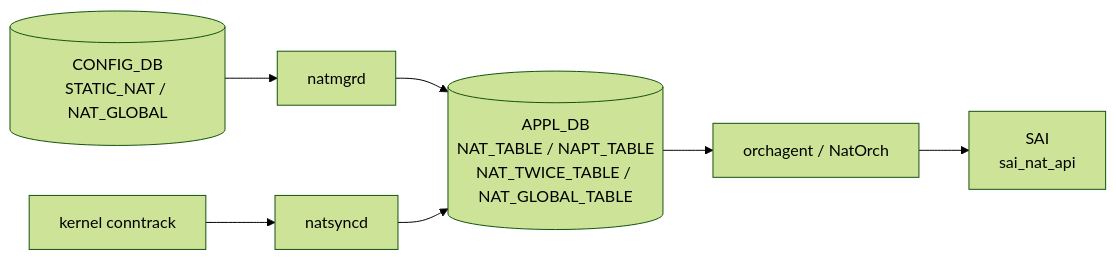
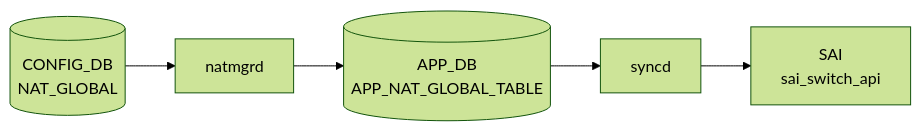
The diagram in docs/reference/config-db/nat-app.md (aoki-taquan/sonic-unofficial-docs), drawn with Mermaid (forest theme) before and after one commit. The commit also changed other lines of this file and 359 other files, not shown here.

````diff
--- a/docs/reference/config-db/nat-app.md
+++ b/docs/reference/config-db/nat-app.md
@@ -44,16 +44,12 @@
 ```mermaid
 flowchart LR
-  CDB[("CONFIG_DB<br/>STATIC_NAT / NAT_GLOBAL")]
-  NatMgr["natmgrd"]
-  CDB --> NatMgr
-  CONN["kernel conntrack"]
-  NatSync["natsyncd"]
-  CONN --> NatSync
-  APPDB[("APPL_DB<br/>NAT_TABLE / NAPT_TABLE<br/>NAT_TWICE_TABLE / NAT_GLOBAL_TABLE")]
-  NatMgr --> APPDB
-  NatSync --> APPDB
-  Orch["orchagent / NatOrch"]
-  APPDB --> Orch
-  SAI["SAI<br/>sai_nat_api"]
-  Orch --> SAI
+  CDB[("CONFIG_DB<br/>NAT_GLOBAL")]
+  DM["natmgrd"]
+  CDB --> DM
+  APPDB[("APP_DB<br/>APP_NAT_GLOBAL_TABLE")]
+  DM --> APPDB
+  SYNCD["syncd"]
+  APPDB --> SYNCD
+  SAI["SAI<br/>sai_switch_api"]
+  SYNCD --> SAI
 ```
````
